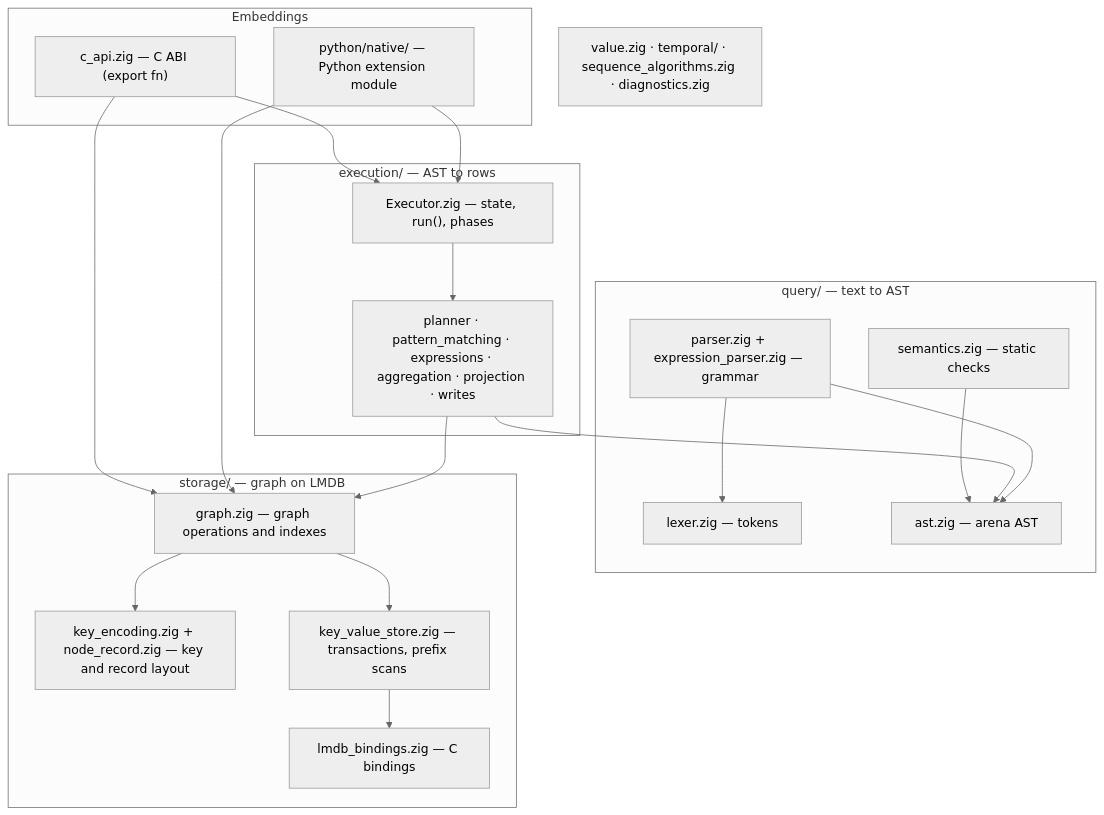
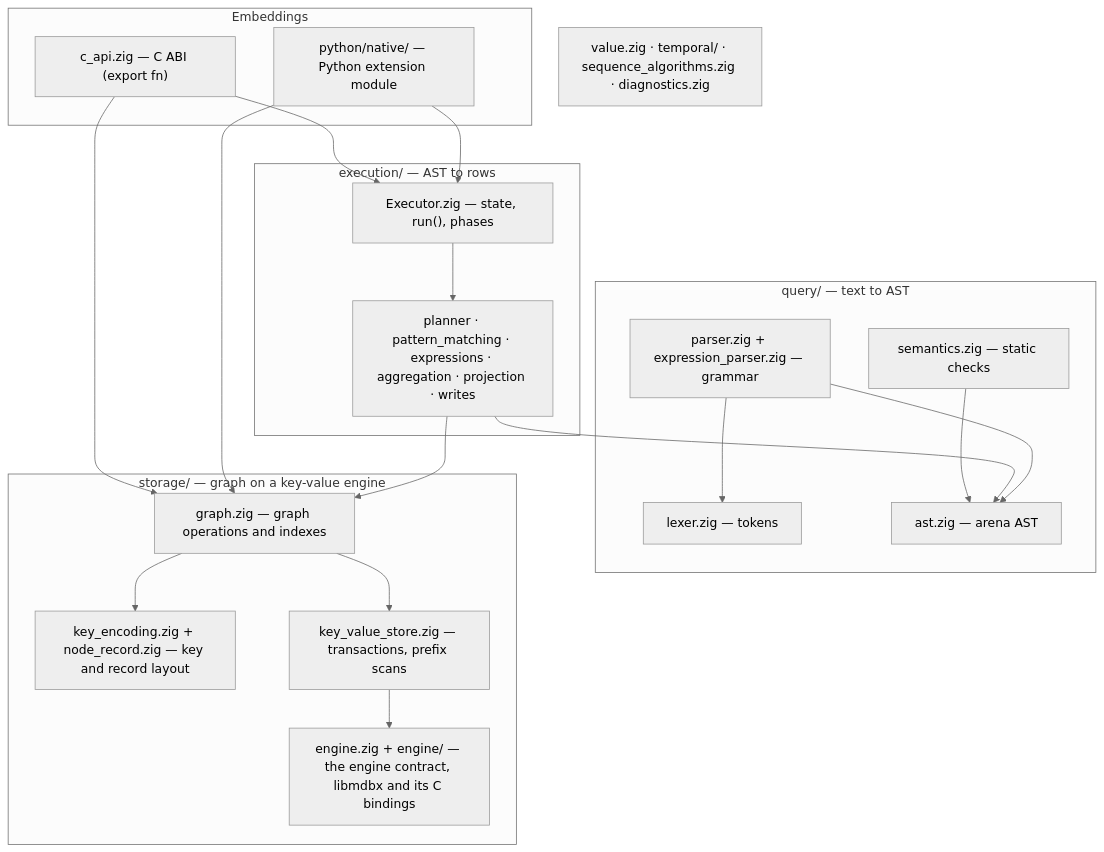
Before and after one commit to acasadom/zypherdb: the first of 2 diagrams in docs/guide/architecture.md, drawn with Mermaid (neutral theme). The commit also changed other lines of this file and 32 other files, not shown here.

First line of the commit message:
refactor: libmdbx is the only engine; the storage format starts again at 1

````diff
--- a/docs/guide/architecture.md
+++ b/docs/guide/architecture.md
@@ -41,38 +45,38 @@
 ```{mermaid}
 flowchart TB
   subgraph embed["Embeddings"]
     CAPI["c_api.zig — C ABI (export fn)"]
     PyNative["python/native/ — Python extension module"]
   end
   subgraph query["query/ — text to AST"]
     Lexer["lexer.zig — tokens"]
     Parser["parser.zig + expression_parser.zig — grammar"]
     AST["ast.zig — arena AST"]
     Semantics["semantics.zig — static checks"]
   end
   subgraph execution["execution/ — AST to rows"]
     Executor["Executor.zig — state, run(), phases"]
     Steps["planner · pattern_matching · expressions · aggregation · projection · writes"]
   end
-  subgraph storage["storage/ — graph on LMDB"]
+  subgraph storage["storage/ — graph on a key-value engine"]
     Graph["graph.zig — graph operations and indexes"]
     Keys["key_encoding.zig + node_record.zig — key and record layout"]
     KV["key_value_store.zig — transactions, prefix scans"]
-    LMDB["lmdb_bindings.zig — C bindings"]
+    Engine["engine.zig + engine/ — the engine contract, libmdbx and its C bindings"]
   end
   Shared["value.zig · temporal/ · sequence_algorithms.zig · diagnostics.zig"]
 
   CAPI --> Executor
   CAPI --> Graph
   PyNative --> Executor
   PyNative --> Graph
   Semantics --> AST
   Executor --> Steps
   Steps --> AST
   Steps --> Graph
   Parser --> Lexer
   Parser --> AST
   Graph --> Keys
   Graph --> KV
-  KV --> LMDB
+  KV --> Engine
 ```
````
